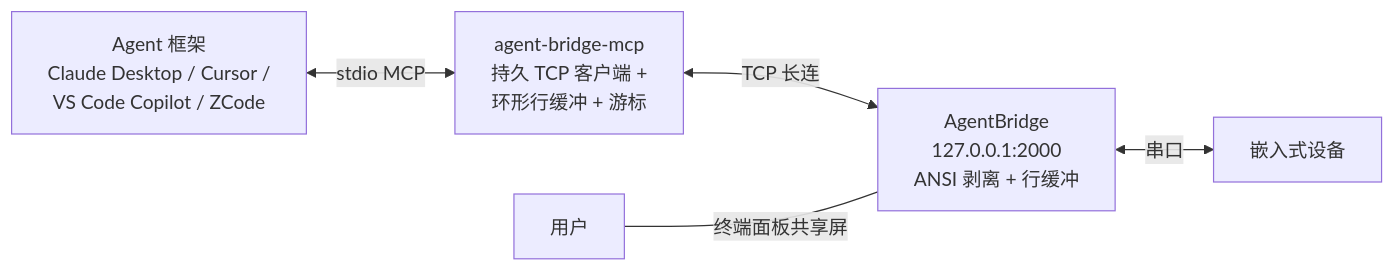
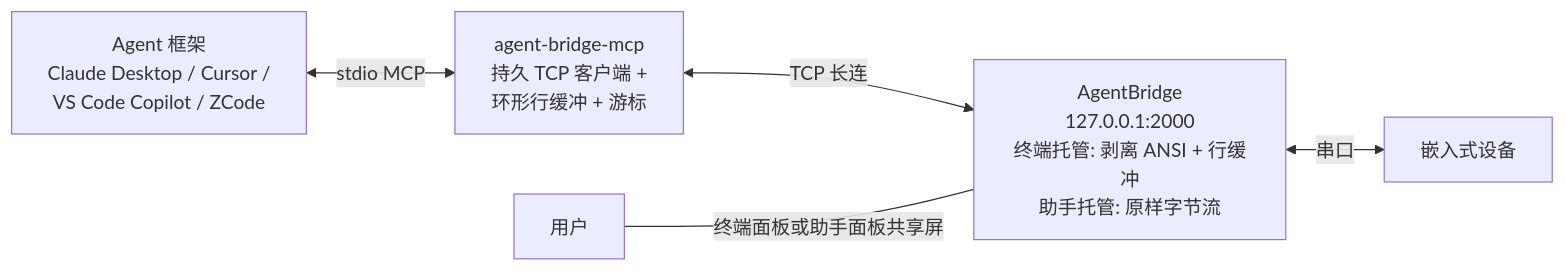
The first of 3 diagrams in doc/设计.md (ziqiang-zhu/agent-bridge-mcp), drawn with Mermaid before and after one commit. The commit also changed other lines of this file and 12 other files, not shown here.

````diff
--- a/doc/设计.md
+++ b/doc/设计.md
@@ -31,7 +33,7 @@
 ```mermaid
 graph LR
     A[Agent 框架<br>Claude Desktop / Cursor /<br>VS Code Copilot / ZCode] <--stdio MCP--> S[agent-bridge-mcp<br>持久 TCP 客户端 +<br>环形行缓冲 + 游标]
-    S <--TCP 长连--> B[AgentBridge<br>127.0.0.1:2000<br>ANSI 剥离 + 行缓冲]
+    S <--TCP 长连--> B[AgentBridge<br>127.0.0.1:2000<br>终端托管: 剥离 ANSI + 行缓冲<br>助手托管: 原样字节流]
     B <--串口--> D[嵌入式设备]
-    U[用户] ---|终端面板共享屏| B
+    U[用户] ---|终端面板或助手面板共享屏| B
 ```
````
